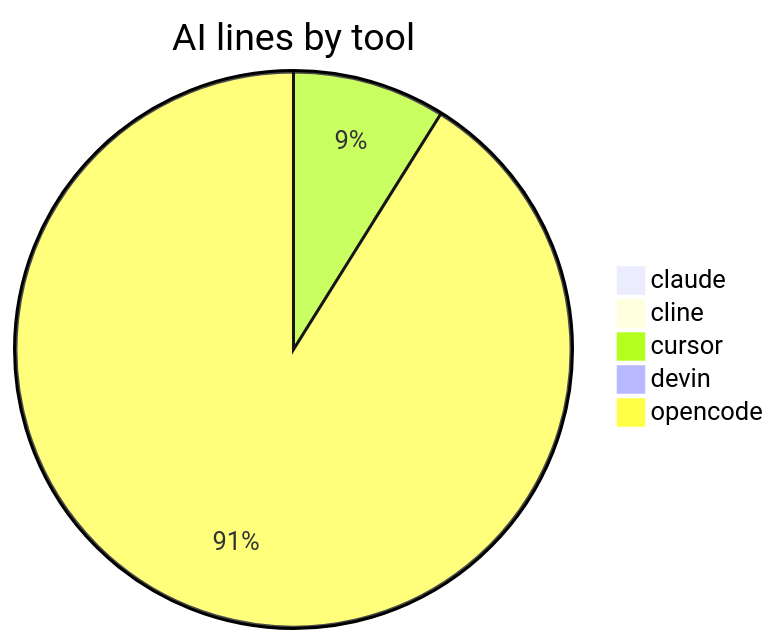
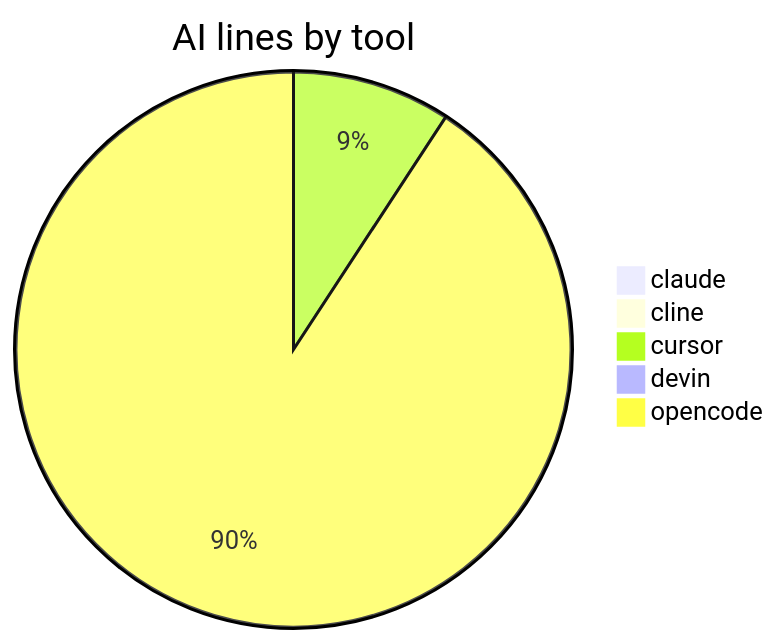
The third of 5 diagrams in AI-AUTHORSHIP.md (CaliMark/game-of-life), drawn with Mermaid before and after one commit. The commit also changed other lines of this file and 1 other file, not shown here.

````diff
--- a/AI-AUTHORSHIP.md
+++ b/AI-AUTHORSHIP.md
@@ -49,8 +49,8 @@
 ```mermaid
 pie title AI lines by tool
     "claude" : 1
     "cline" : 2
     "cursor" : 61
     "devin" : 1
-    "opencode" : 625
+    "opencode" : 600
 ```
````
